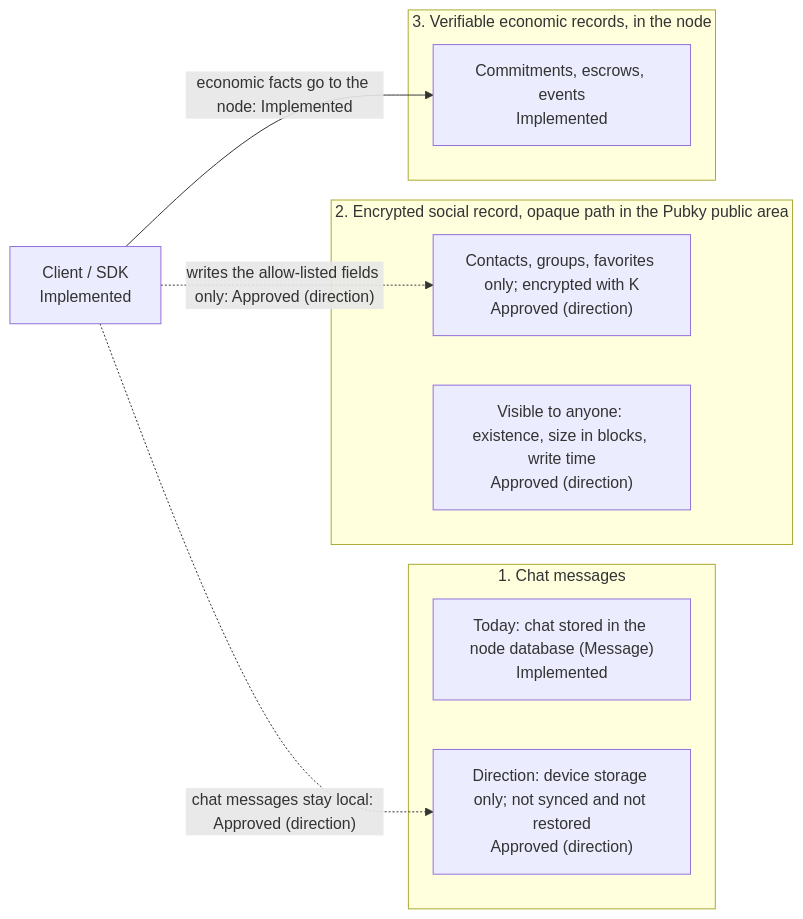
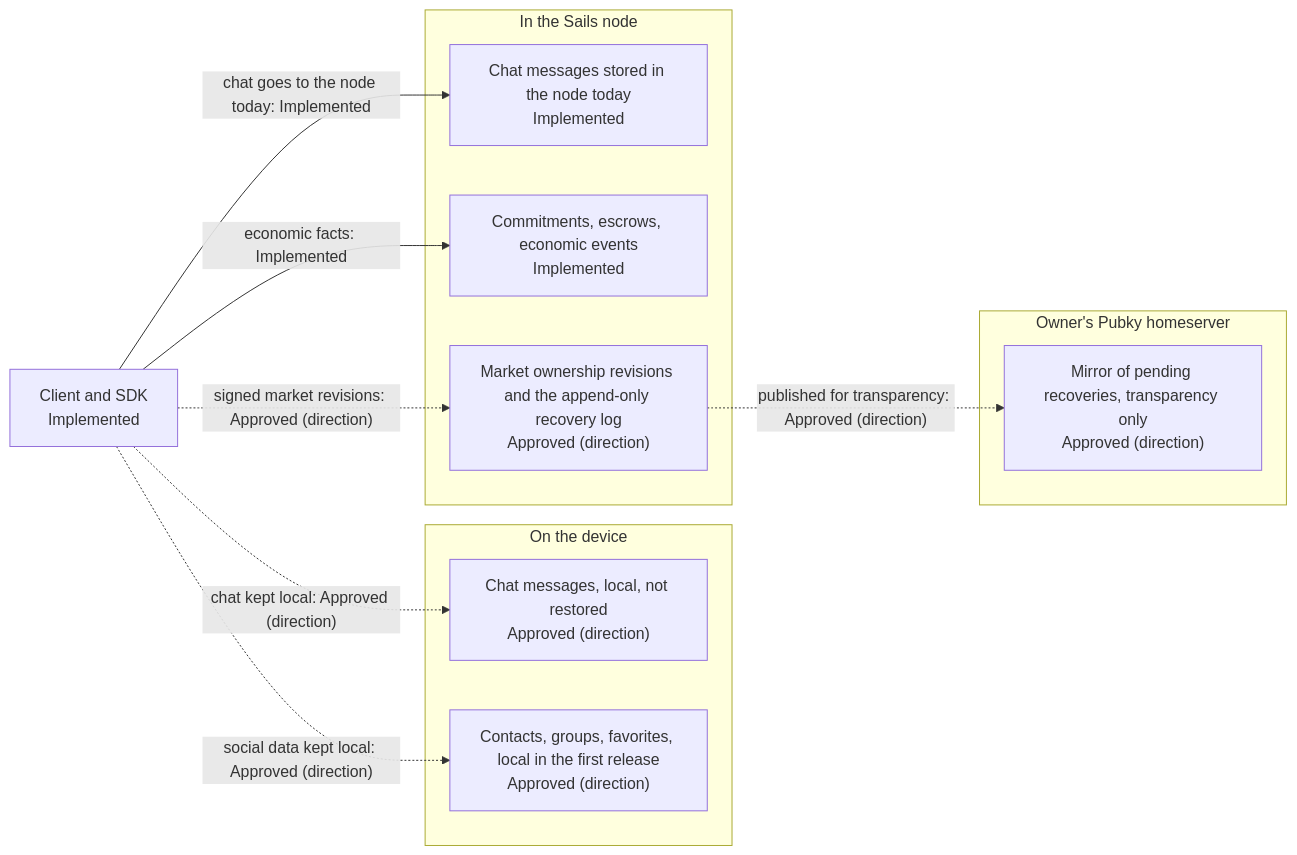
One commit to sails-protocol/Sails-Protocol changed the sixth of 6 diagrams in docs/SYSTEM_DESIGN.md. Above: the diagram before and after it, drawn with Mermaid. The commit also changed other lines of this file, not shown here.

Commit message:
docs: redraw SYSTEM_DESIGN 14.5 diagrams to match ADR-008 (social data local in first release, escrow-only backup, market recovery by authority)

````diff
--- a/docs/SYSTEM_DESIGN.md
+++ b/docs/SYSTEM_DESIGN.md
@@ -731,18 +720,22 @@
 ```mermaid
 flowchart LR
-  subgraph M["1. Chat messages"]
-    M0["Today: chat stored in the node database (Message)<br/>Implemented"]
-    M1["Direction: device storage only; not synced and not restored<br/>Approved (direction)"]
+  subgraph D["On the device"]
+    M1["Chat messages, local, not restored<br/>Approved (direction)"]
+    S1["Contacts, groups, favorites, local in the first release<br/>Approved (direction)"]
   end
-  subgraph S["2. Encrypted social record, opaque path in the Pubky public area"]
-    S1["Contacts, groups, favorites only; encrypted with K<br/>Approved (direction)"]
-    S2["Visible to anyone: existence, size in blocks, write time<br/>Approved (direction)"]
+  subgraph N["In the Sails node"]
+    M0["Chat messages stored in the node today<br/>Implemented"]
+    E1["Commitments, escrows, economic events<br/>Implemented"]
+    L1["Market ownership revisions and the append-only recovery log<br/>Approved (direction)"]
   end
-  subgraph E["3. Verifiable economic records, in the node"]
-    E1["Commitments, escrows, events<br/>Implemented"]
+  subgraph H["Owner's Pubky homeserver"]
+    H1["Mirror of pending recoveries, transparency only<br/>Approved (direction)"]
   end
-  APP["Client / SDK<br/>Implemented"]
-  APP -.->|"chat messages stay local: Approved (direction)"| M1
-  APP -.->|"writes the allow-listed fields only: Approved (direction)"| S1
-  APP -->|"economic facts go to the node: Implemented"| E1
+  APP["Client and SDK<br/>Implemented"]
+  APP -->|"economic facts: Implemented"| E1
+  APP -->|"chat goes to the node today: Implemented"| M0
+  APP -.->|"chat kept local: Approved (direction)"| M1
+  APP -.->|"social data kept local: Approved (direction)"| S1
+  APP -.->|"signed market revisions: Approved (direction)"| L1
+  L1 -.->|"published for transparency: Approved (direction)"| H1
 ```
````
